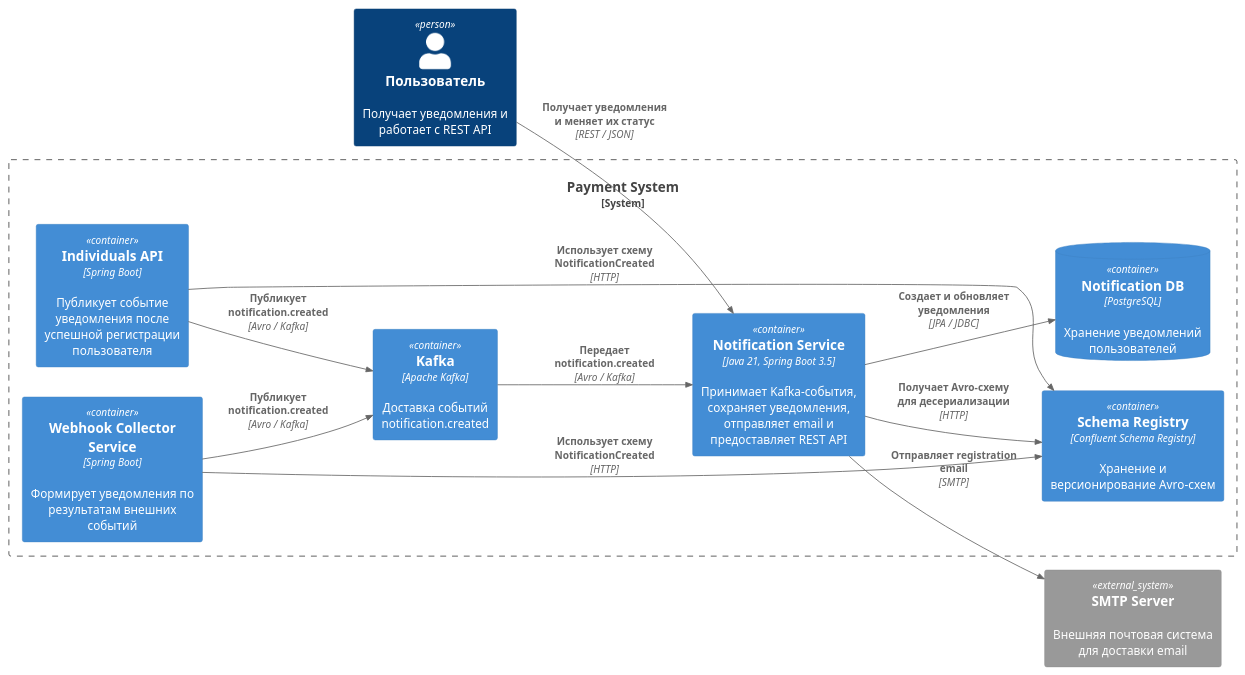
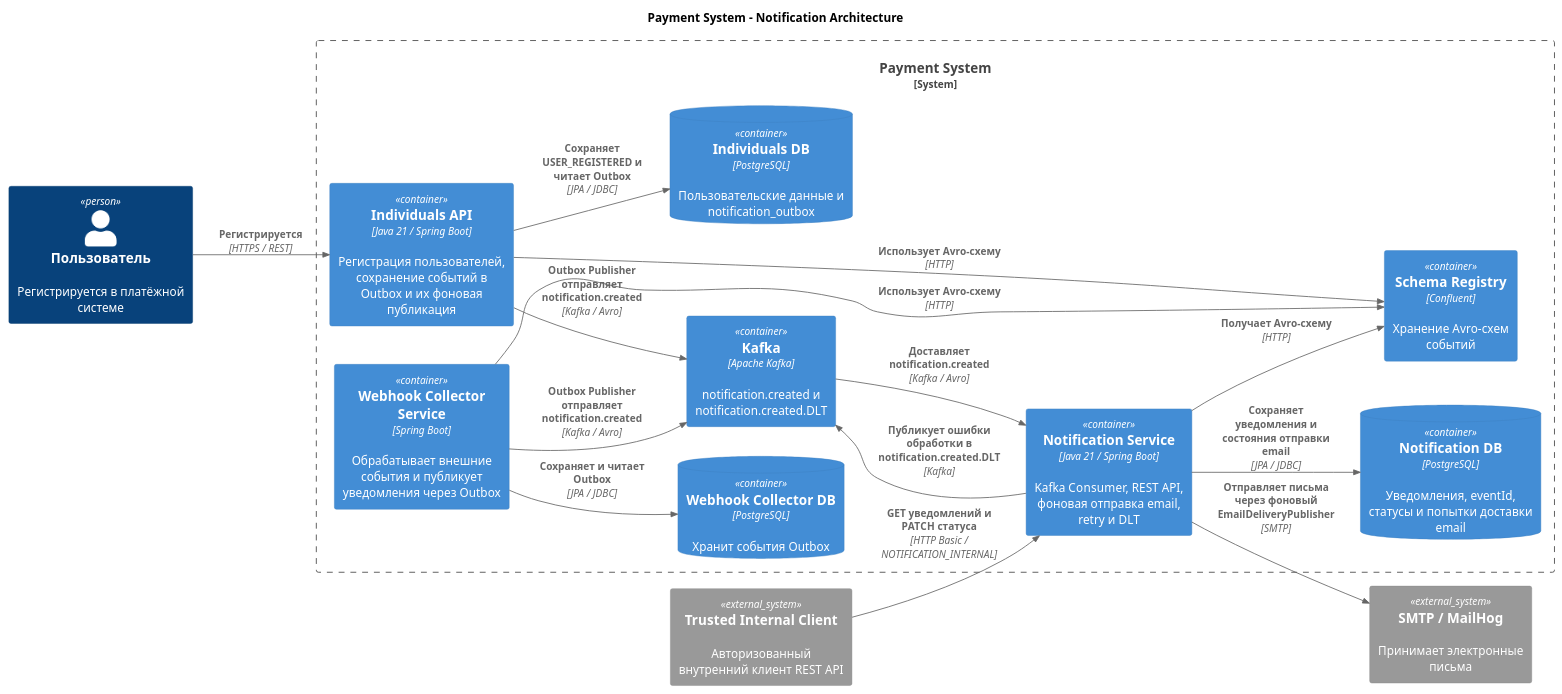
Before and after one commit to ArtemGuschin/paymentsystem: the diagram in notification-service/docs/container.puml, drawn with PlantUML. The commit also changed 18 other files, not shown here.

```diff
--- a/notification-service/docs/container.puml
+++ b/notification-service/docs/container.puml
@@ -1,32 +1,55 @@
 @startuml
+
 !include https://raw.githubusercontent.com/plantuml-stdlib/C4-PlantUML/master/C4_Container.puml
 
 LAYOUT_LEFT_RIGHT()
 
-Person(user, "Пользователь", "Получает уведомления и работает с REST API")
+title Payment System - Notification Architecture
+
+Person(user, "Пользователь", "Регистрируется в платёжной системе")
+
+System_Ext(internalClient, "Trusted Internal Client", "Авторизованный внутренний клиент REST API")
+System_Ext(smtp, "SMTP / MailHog", "Принимает электронные письма")
 
 System_Boundary(paymentSystem, "Payment System") {
-    Container(individuals, "Individuals API", "Spring Boot", "Публикует событие уведомления после успешной регистрации пользователя")
-    Container(webhookCollector, "Webhook Collector Service", "Spring Boot", "Формирует уведомления по результатам внешних событий")
-    Container(kafka, "Kafka", "Apache Kafka", "Доставка событий notification.created")
-    Container(schemaRegistry, "Schema Registry", "Confluent Schema Registry", "Хранение и версионирование Avro-схем")
-    Container(notificationService, "Notification Service", "Java 21, Spring Boot 3.5", "Принимает Kafka-события, сохраняет уведомления, отправляет email и предоставляет REST API")
-    ContainerDb(notificationDb, "Notification DB", "PostgreSQL", "Хранение уведомлений пользователей")
+
+    Container(individuals, "Individuals API", "Java 21 / Spring Boot", "Регистрация пользователей, сохранение событий в Outbox и их фоновая публикация")
+
+    ContainerDb(individualsDb, "Individuals DB", "PostgreSQL", "Пользовательские данные и notification_outbox")
+
+    Container(webhookCollector, "Webhook Collector Service", "Spring Boot", "Обрабатывает внешние события и публикует уведомления через Outbox")
+
+    ContainerDb(webhookDb, "Webhook Collector DB", "PostgreSQL", "Хранит события Outbox")
+
+    Container(kafka, "Kafka", "Apache Kafka", "notification.created и notification.created.DLT")
+
+    Container(schemaRegistry, "Schema Registry", "Confluent", "Хранение Avro-схем событий")
+
+    Container(notificationService, "Notification Service", "Java 21 / Spring Boot", "Kafka Consumer, REST API, фоновая отправка email, retry и DLT")
+
+    ContainerDb(notificationDb, "Notification DB", "PostgreSQL", "Уведомления, eventId, статусы и попытки доставки email")
 }
 
-System_Ext(smtp, "SMTP Server", "Внешняя почтовая система для доставки email")
+Rel(user, individuals, "Регистрируется", "HTTPS / REST")
 
-Rel(individuals, kafka, "Публикует notification.created", "Avro / Kafka")
-Rel(webhookCollector, kafka, "Публикует notification.created", "Avro / Kafka")
+Rel(individuals, individualsDb, "Сохраняет USER_REGISTERED и читает Outbox", "JPA / JDBC")
+Rel(individuals, kafka, "Outbox Publisher отправляет notification.created", "Kafka / Avro")
 
-Rel(individuals, schemaRegistry, "Использует схему NotificationCreated", "HTTP")
-Rel(webhookCollector, schemaRegistry, "Использует схему NotificationCreated", "HTTP")
+Rel(webhookCollector, webhookDb, "Сохраняет и читает Outbox", "JPA / JDBC")
+Rel(webhookCollector, kafka, "Outbox Publisher отправляет notification.created", "Kafka / Avro")
 
-Rel(kafka, notificationService, "Передает notification.created", "Avro / Kafka")
-Rel(notificationService, schemaRegistry, "Получает Avro-схему для десериализации", "HTTP")
+Rel(individuals, schemaRegistry, "Использует Avro-схему", "HTTP")
+Rel(webhookCollector, schemaRegistry, "Использует Avro-схему", "HTTP")
 
-Rel(notificationService, notificationDb, "Создает и обновляет уведомления", "JPA / JDBC")
-Rel(notificationService, smtp, "Отправляет registration email", "SMTP")
-Rel(user, notificationService, "Получает уведомления и меняет их статус", "REST / JSON")
+Rel(kafka, notificationService, "Доставляет notification.created", "Kafka / Avro")
+
+Rel(notificationService, kafka, "Публикует ошибки обработки в notification.created.DLT", "Kafka")
+Rel(notificationService, schemaRegistry, "Получает Avro-схему", "HTTP")
+
+Rel(notificationService, notificationDb, "Сохраняет уведомления и состояния отправки email", "JPA / JDBC")
+
+Rel(notificationService, smtp, "Отправляет письма через фоновый EmailDeliveryPublisher", "SMTP")
+
+Rel(internalClient, notificationService, "GET уведомлений и PATCH статуса", "HTTP Basic / NOTIFICATION_INTERNAL")
 
 @enduml
```
